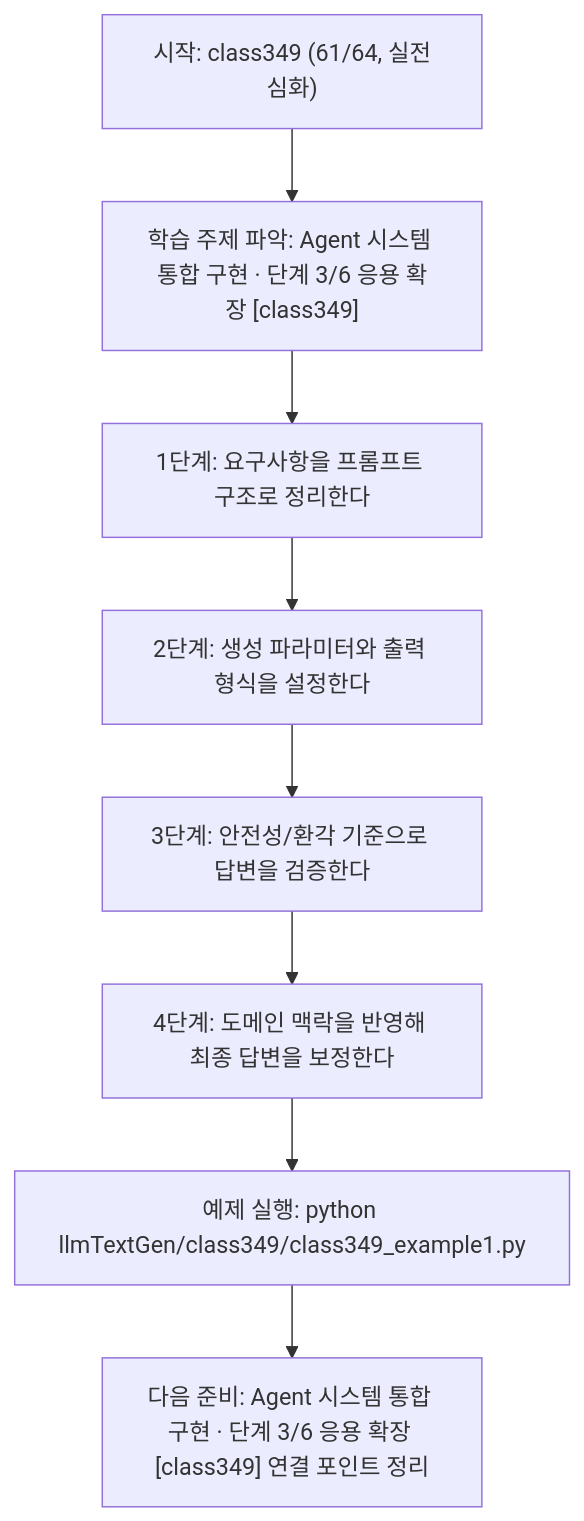
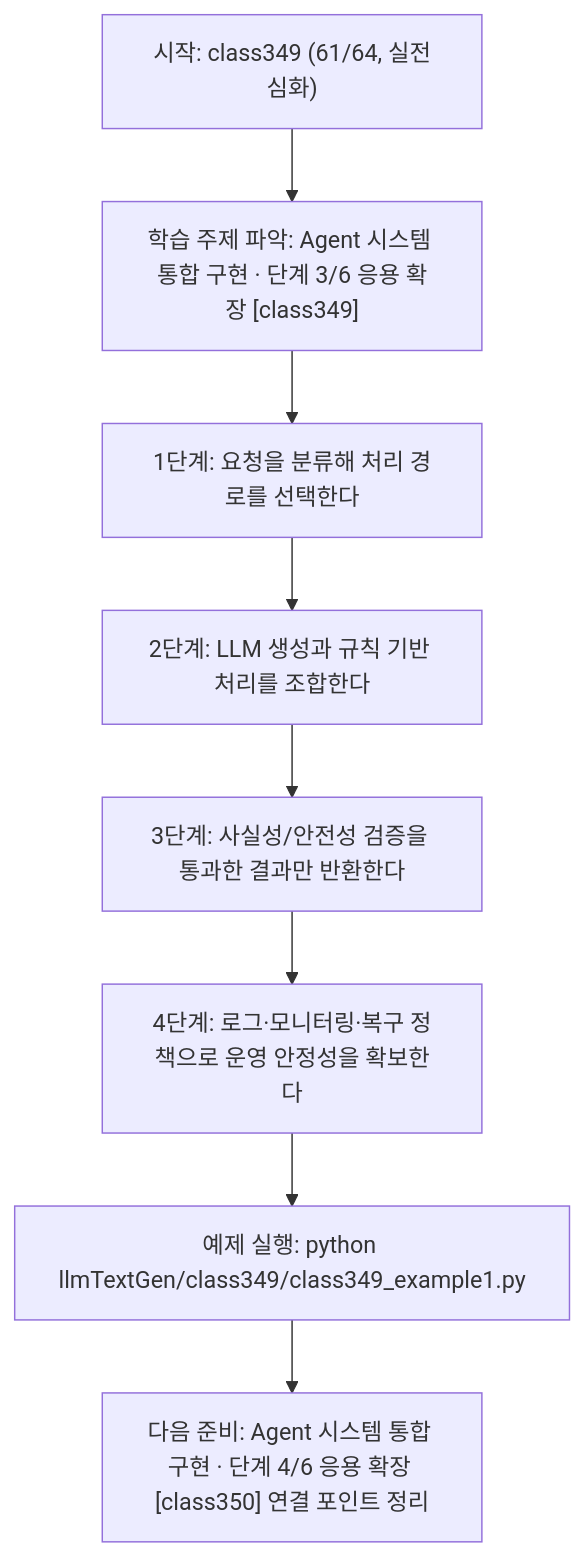
One commit to edumgt/Python-AI_Agent-Class changed the diagram in llmTextGen/class349/class349.md. Above: the diagram before and after it, drawn with Mermaid. The commit also changed other lines of this file and 451 other files, not shown here.

````diff
--- a/llmTextGen/class349/class349.md
+++ b/llmTextGen/class349/class349.md
@@ -115,18 +95,18 @@
 ```mermaid
 flowchart TD
 N1["시작: class349 (61/64, 실전심화)"]
 N2["학습 주제 파악: Agent 시스템 통합 구현 · 단계 3/6 응용 확장 [class349]"]
-N3["1단계: 요구사항을 프롬프트 구조로 정리한다"]
-N4["2단계: 생성 파라미터와 출력 형식을 설정한다"]
-N5["3단계: 안전성/환각 기준으로 답변을 검증한다"]
-N6["4단계: 도메인 맥락을 반영해 최종 답변을 보정한다"]
+N3["1단계: 요청을 분류해 처리 경로를 선택한다"]
+N4["2단계: LLM 생성과 규칙 기반 처리를 조합한다"]
+N5["3단계: 사실성/안전성 검증을 통과한 결과만 반환한다"]
+N6["4단계: 로그·모니터링·복구 정책으로 운영 안정성을 확보한다"]
 N7["예제 실행: python llmTextGen/class349/class349_example1.py"]
-N8["다음 준비: Agent 시스템 통합 구현 · 단계 3/6 응용 확장 [class349] 연결 포인트 정리"]
+N8["다음 준비: Agent 시스템 통합 구현 · 단계 4/6 응용 확장 [class350] 연결 포인트 정리"]
 N1 --> N2
 N2 --> N3
 N3 --> N4
 N4 --> N5
 N5 --> N6
 N6 --> N7
 N7 --> N8
 ```
````
